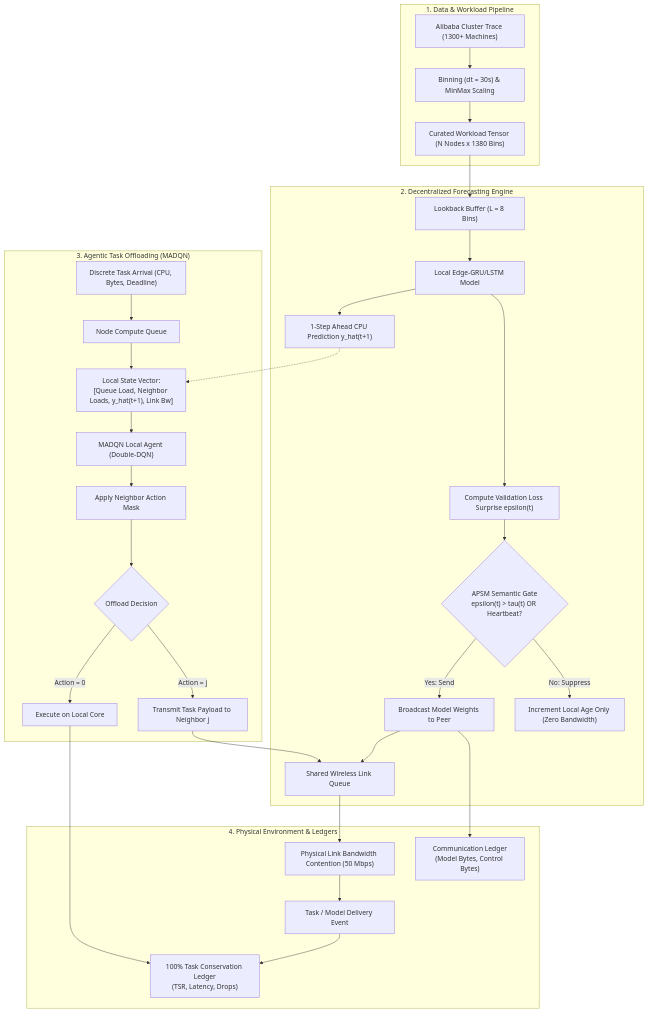
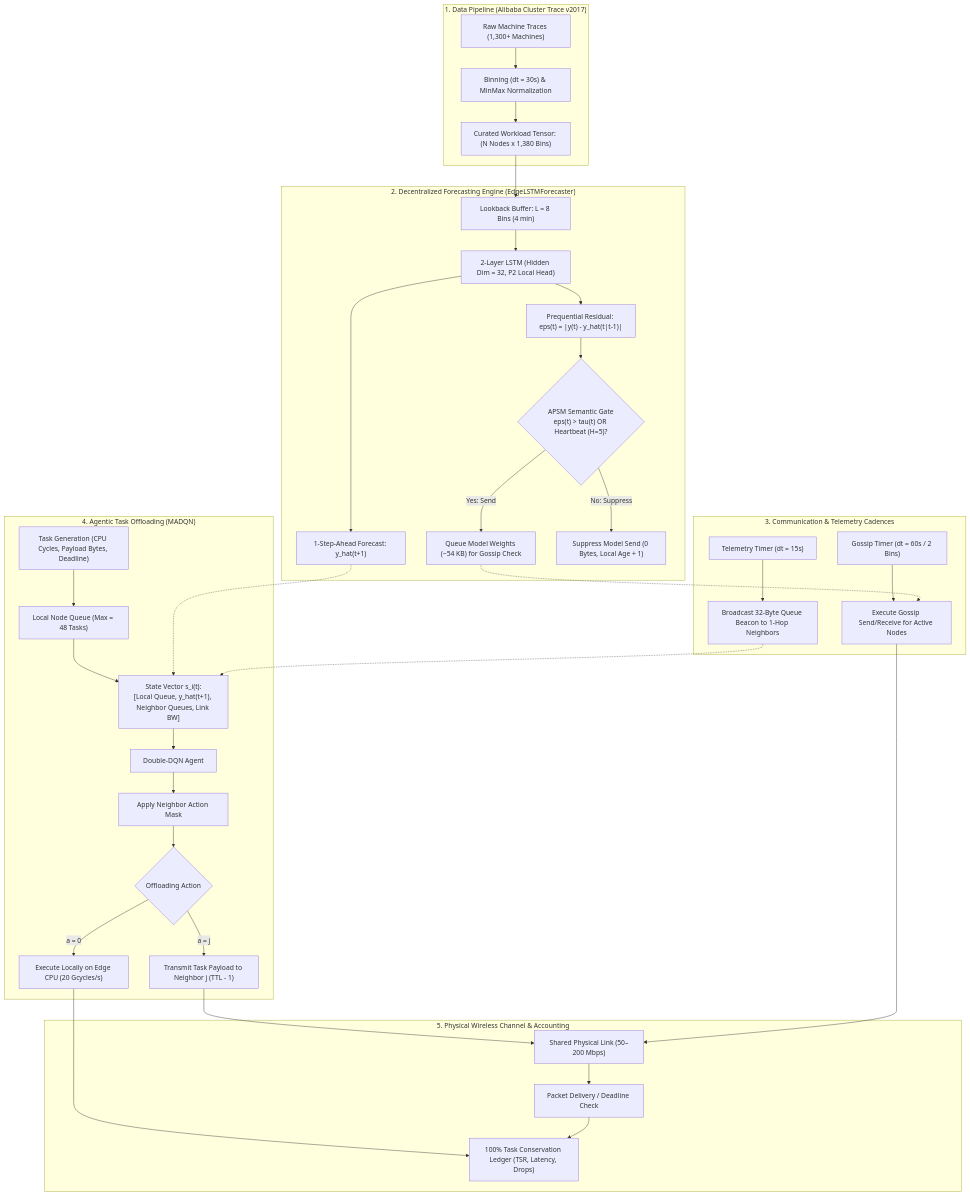
One commit to parth-1372/APSM-MTP changed the diagram in docs/PHASE3_LEARNING_GUIDE.md. Above: the diagram before and after it, drawn with Mermaid. The commit also changed other lines of this file and 2 other files, not shown here.

````diff
--- a/docs/PHASE3_LEARNING_GUIDE.md
+++ b/docs/PHASE3_LEARNING_GUIDE.md
@@ -107,38 +105,43 @@
 ```mermaid
 flowchart TD
-    subgraph DataPlane ["1. Data & Workload Pipeline"]
-        Raw["Alibaba Cluster Trace (1300+ Machines)"] --> Preprocess["Binning (dt = 30s) & MinMax Scaling"]
-        Preprocess --> Curated["Curated Workload Tensor (N Nodes x 1380 Bins)"]
+    subgraph DataPlane ["1. Data Pipeline (Alibaba Cluster Trace v2017)"]
+        Raw["Raw Machine Traces (1,300+ Machines)"] --> Preprocess["Binning (dt = 30s) & MinMax Normalization"]
+        Preprocess --> Curated["Curated Workload Tensor: (N Nodes x 1,380 Bins)"]
     end
 
-    subgraph ForecastEngine ["2. Decentralized Forecasting Engine"]
-        Curated --> Lookback["Lookback Buffer (L = 8 Bins)"]
-        Lookback --> EdgeLSTM["Local Edge-GRU/LSTM Model"]
-        EdgeLSTM --> Pred["1-Step Ahead CPU Prediction y_hat(t+1)"]
-        EdgeLSTM --> ValSurprise["Compute Validation Loss Surprise epsilon(t)"]
-        ValSurprise --> APSMGate{"APSM Semantic Gate<br>epsilon(t) > tau(t) OR Heartbeat?"}
-        APSMGate -- Yes: Send --> SendModel["Broadcast Model Weights to Peer"]
-        APSMGate -- No: Suppress --> Suppress["Increment Local Age Only (Zero Bandwidth)"]
-        SendModel --> LinkQueue["Shared Wireless Link Queue"]
+    subgraph ForecastEngine ["2. Decentralized Forecasting Engine (EdgeLSTMForecaster)"]
+        Curated --> Lookback["Lookback Buffer: L = 8 Bins (4 min)"]
+        Lookback --> LSTM["2-Layer LSTM (Hidden Dim = 32, P2 Local Head)"]
+        LSTM --> Pred["1-Step-Ahead Forecast: y_hat(t+1)"]
+        LSTM --> Residual["Prequential Residual: eps(t) = |y(t) - y_hat(t|t-1)|"]
+        Residual --> APSMGate{"APSM Semantic Gate<br>eps(t) > tau(t) OR Heartbeat (H=5)?"}
+        APSMGate -- Yes: Send --> SendModel["Queue Model Weights (~54 KB) for Gossip Check"]
+        APSMGate -- No: Suppress --> Suppress["Suppress Model Send (0 Bytes, Local Age + 1)"]
     end
 
-    subgraph MARLEngine ["3. Agentic Task Offloading (MADQN)"]
-        TaskGen["Discrete Task Arrival (CPU, Bytes, Deadline)"] --> NodeQueue["Node Compute Queue"]
-        NodeQueue --> Obs["Local State Vector:<br>[Queue Load, Neighbor Loads, y_hat(t+1), Link Bw]"]
-        Pred -.-> Obs
-        Obs --> MADQN["MADQN Local Agent (Double-DQN)"]
-        MADQN --> ActionMask["Apply Neighbor Action Mask"]
-        ActionMask --> Decision{"Offload Decision"}
-        Decision -- Action = 0 --> LocalExec["Execute on Local Core"]
-        Decision -- Action = j --> OffloadLink["Transmit Task Payload to Neighbor j"]
-        OffloadLink --> LinkQueue
+    subgraph CommunicationTimers ["3. Communication & Telemetry Cadences"]
+        TelemTimer["Telemetry Timer (dt = 15s)"] --> TelemSend["Broadcast 32-Byte Queue Beacon to 1-Hop Neighbors"]
+        GossipTimer["Gossip Timer (dt = 60s / 2 Bins)"] --> GossipExec["Execute Gossip Send/Receive for Active Nodes"]
+        SendModel -.-> GossipExec
     end
 
-    subgraph SimulationPhysics ["4. Physical Environment & Ledgers"]
-        LinkQueue --> NetSim["Physical Link Bandwidth Contention (50 Mbps)"]
-        NetSim --> Delivery["Task / Model Delivery Event"]
-        LocalExec --> TaskLedger["100% Task Conservation Ledger<br>(TSR, Latency, Drops)"]
-        Delivery --> TaskLedger
-        SendModel --> CommLedger["Communication Ledger<br>(Model Bytes, Control Bytes)"]
+    subgraph MARLEngine ["4. Agentic Task Offloading (MADQN)"]
+        TaskGen["Task Generation (CPU Cycles, Payload Bytes, Deadline)"] --> NodeQueue["Local Node Queue (Max = 48 Tasks)"]
+        NodeQueue --> StateVec["State Vector s_i(t):<br>[Local Queue, y_hat(t+1), Neighbor Queues, Link BW]"]
+        Pred -.-> StateVec
+        TelemSend -.-> StateVec
+        StateVec --> MADQN["Double-DQN Agent"]
+        MADQN --> Mask["Apply Neighbor Action Mask"]
+        Mask --> ActionDecision{"Offloading Action"}
+        ActionDecision -- a = 0 --> LocalExec["Execute Locally on Edge CPU (20 Gcycles/s)"]
+        ActionDecision -- a = j --> OffloadTx["Transmit Task Payload to Neighbor j (TTL - 1)"]
+    end
+
+    subgraph PhysicalChannel ["5. Physical Wireless Channel & Accounting"]
+        OffloadTx --> SharedLink["Shared Physical Link (50–200 Mbps)"]
+        GossipExec --> SharedLink
+        SharedLink --> Deliv["Packet Delivery / Deadline Check"]
+        LocalExec --> Ledger["100% Task Conservation Ledger (TSR, Latency, Drops)"]
+        Deliv --> Ledger
     end
 ```
````
